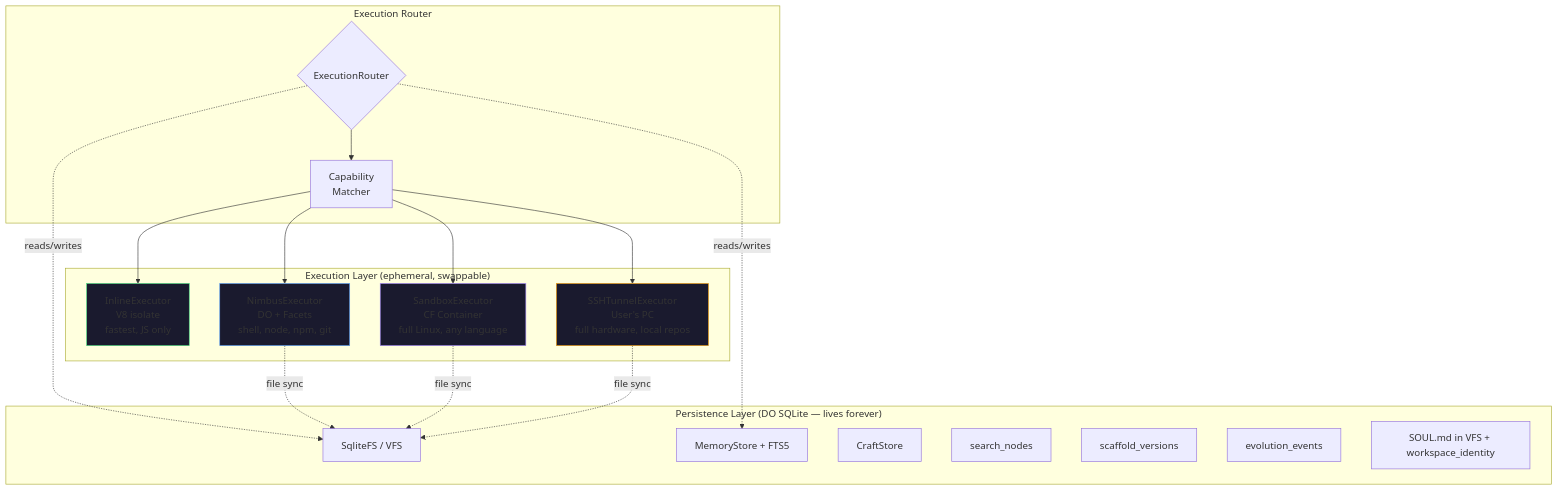
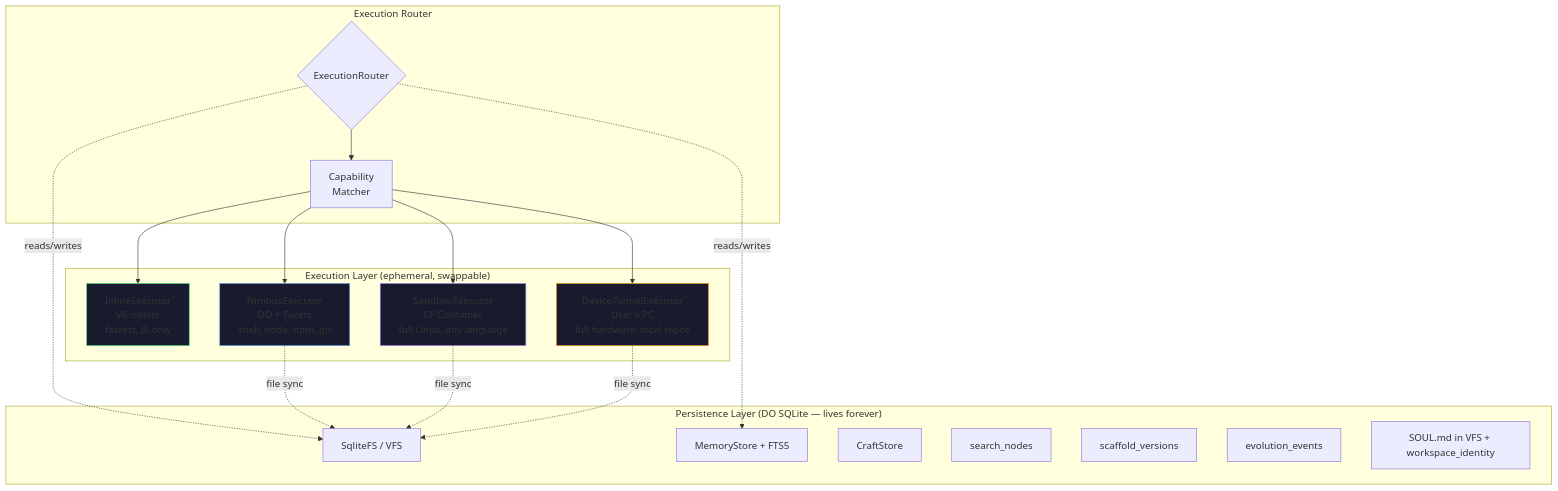
The first of 4 diagrams in docs/EXECUTION-LAYER-SPEC.md (AshishKumar4/Proteus), drawn with Mermaid before and after one commit. The commit also changed other lines of this file and 39 other files, not shown here.

````diff
--- a/docs/EXECUTION-LAYER-SPEC.md
+++ b/docs/EXECUTION-LAYER-SPEC.md
@@ -38,41 +38,41 @@
 ```mermaid
 graph TB
     subgraph "Persistence Layer (DO SQLite — lives forever)"
         VFS[SqliteFS / VFS]
         Memory[MemoryStore + FTS5]
         Craft[CraftStore]
         MCTS[search_nodes]
         Scaffold[scaffold_versions]
         Evolution[evolution_events]
         Identity[SOUL.md in VFS + workspace_identity]
     end
 
     subgraph "Execution Router"
         Router{ExecutionRouter}
         CapCheck[Capability<br/>Matcher]
     end
 
     subgraph "Execution Layer (ephemeral, swappable)"
         Inline[InlineExecutor<br/>V8 isolate<br/>fastest, JS only]
         Nimbus[NimbusExecutor<br/>DO + Facets<br/>shell, node, npm, git]
         Sandbox[SandboxExecutor<br/>CF Container<br/>full Linux, any language]
-        SSH[SSHTunnelExecutor<br/>User's PC<br/>full hardware, local repos]
+        SSH[DeviceTunnelExecutor<br/>User's PC<br/>full hardware, local repos]
     end
 
     Router --> CapCheck
     CapCheck --> Inline
     CapCheck --> Nimbus
     CapCheck --> Sandbox
     CapCheck --> SSH
 
     Router -.->|reads/writes| VFS
     Router -.->|reads/writes| Memory
     Nimbus -.->|file sync| VFS
     Sandbox -.->|file sync| VFS
     SSH -.->|file sync| VFS
 
     style Inline fill:#1a1a2e,stroke:#4ade80
     style Nimbus fill:#1a1a2e,stroke:#60a5fa
     style Sandbox fill:#1a1a2e,stroke:#a78bfa
     style SSH fill:#1a1a2e,stroke:#f59e0b
 ```
````
